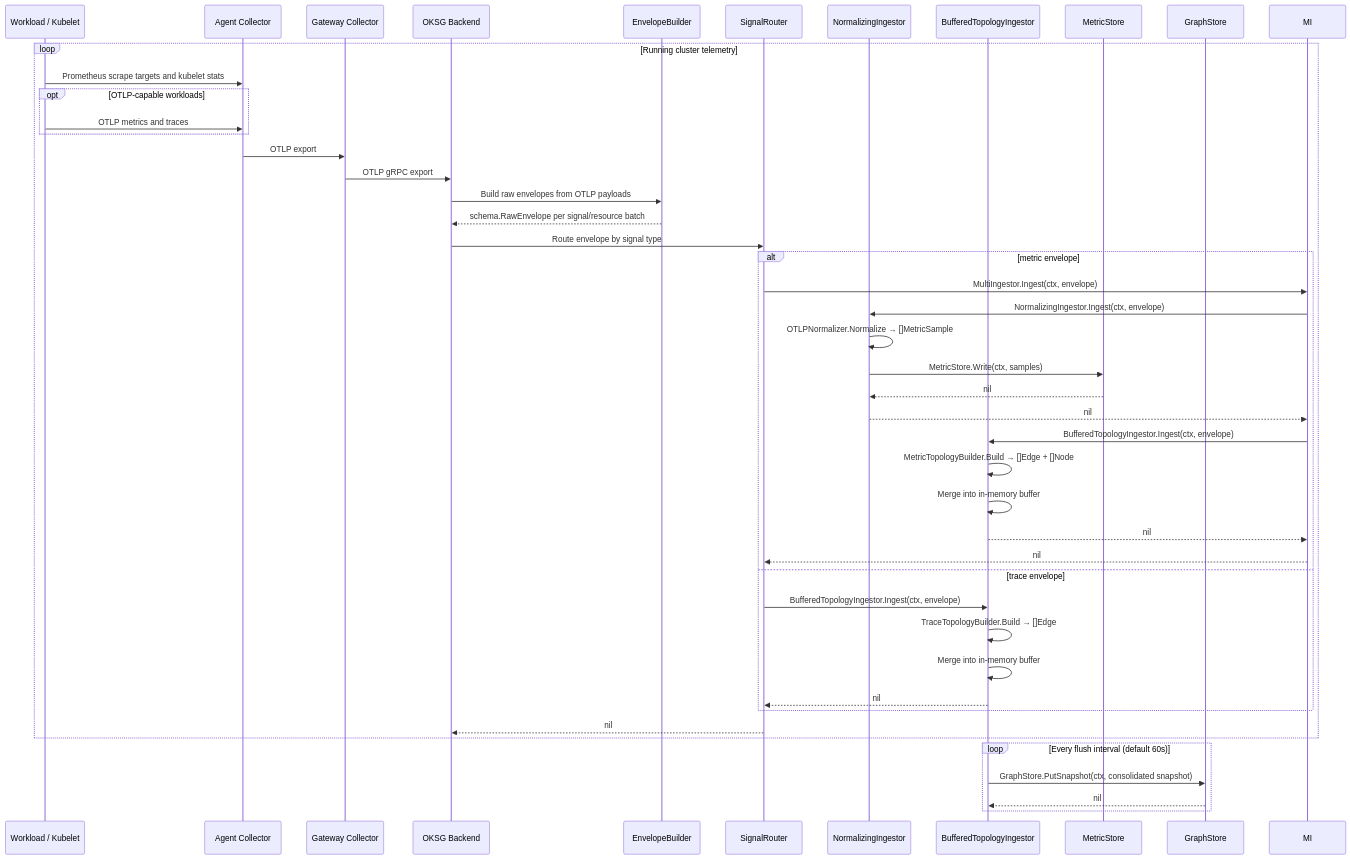
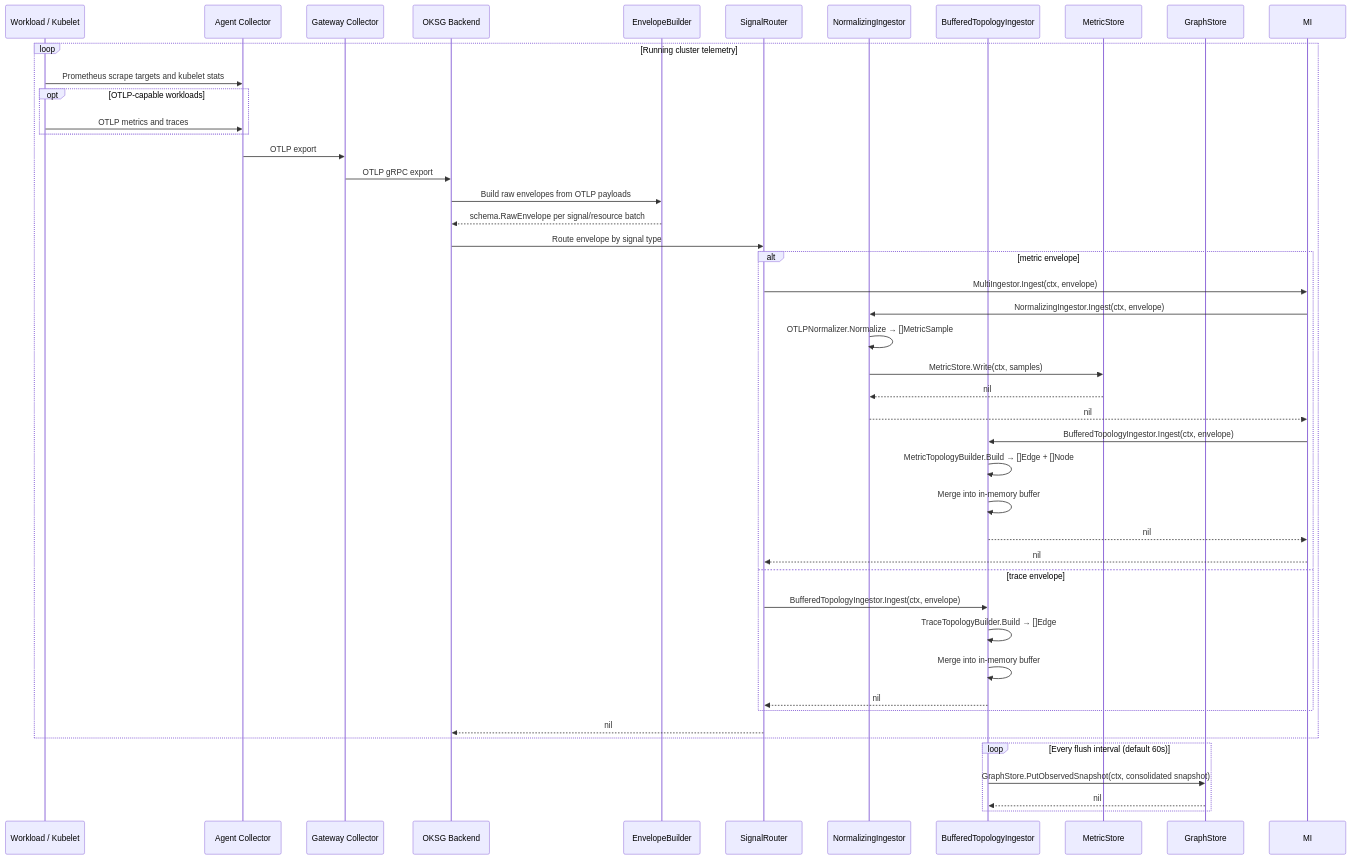
Before and after one commit to erickivel/karthos: the first of 2 diagrams in docs/runtime-flow.md, drawn with Mermaid. The commit also changed other lines of this file and 26 other files, not shown here.

````diff
--- a/docs/runtime-flow.md
+++ b/docs/runtime-flow.md
@@ -19,48 +19,48 @@
 ```mermaid
 sequenceDiagram
     participant Workload as Workload / Kubelet
     participant Agent as Agent Collector
     participant Gateway as Gateway Collector
     participant Backend as OKSG Backend
     participant Builder as EnvelopeBuilder
     participant Router as SignalRouter
     participant NI as NormalizingIngestor
     participant BTI as BufferedTopologyIngestor
     participant MS as MetricStore
     participant GS as GraphStore
 
     loop Running cluster telemetry
         Workload->>Agent: Prometheus scrape targets and kubelet stats
         opt OTLP-capable workloads
             Workload->>Agent: OTLP metrics and traces
         end
         Agent->>Gateway: OTLP export
         Gateway->>Backend: OTLP gRPC export
         Backend->>Builder: Build raw envelopes from OTLP payloads
         Builder-->>Backend: schema.RawEnvelope per signal/resource batch
         Backend->>Router: Route envelope by signal type
         alt metric envelope
             Router->>MI: MultiIngestor.Ingest(ctx, envelope)
             MI->>NI: NormalizingIngestor.Ingest(ctx, envelope)
             NI->>NI: OTLPNormalizer.Normalize → []MetricSample
             NI->>MS: MetricStore.Write(ctx, samples)
             MS-->>NI: nil
             NI-->>MI: nil
             MI->>BTI: BufferedTopologyIngestor.Ingest(ctx, envelope)
             BTI->>BTI: MetricTopologyBuilder.Build → []Edge + []Node
             BTI->>BTI: Merge into in-memory buffer
             BTI-->>MI: nil
             MI-->>Router: nil
         else trace envelope
             Router->>BTI: BufferedTopologyIngestor.Ingest(ctx, envelope)
             BTI->>BTI: TraceTopologyBuilder.Build → []Edge
             BTI->>BTI: Merge into in-memory buffer
             BTI-->>Router: nil
         end
         Router-->>Backend: nil
     end
     loop Every flush interval (default 60s)
-        BTI->>GS: GraphStore.PutSnapshot(ctx, consolidated snapshot)
+        BTI->>GS: GraphStore.PutObservedSnapshot(ctx, consolidated snapshot)
         GS-->>BTI: nil
     end
 ```
````
